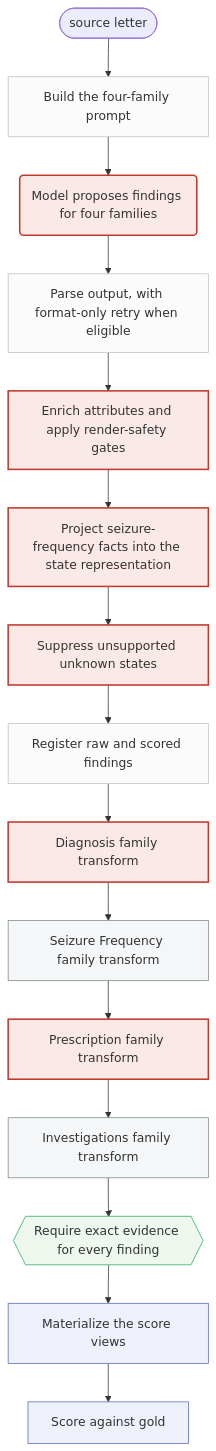
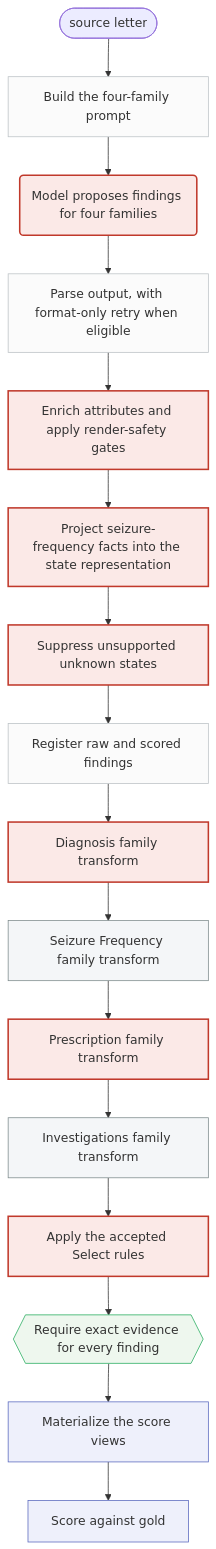
One commit to cbrown564-alt/clinical_extraction changed the diagram in docs/architecture/diagrams/exectv2_llm_pre_post_stages.md. Above: the diagram before and after it, drawn with Mermaid. The commit also changed other lines of this file and 15 other files, not shown here.

First line of the commit message:
Show the ExECT select-rule stage on the architecture cards.

````diff
--- a/docs/architecture/diagrams/exectv2_llm_pre_post_stages.md
+++ b/docs/architecture/diagrams/exectv2_llm_pre_post_stages.md
@@ -12,52 +12,55 @@
 ```mermaid
 flowchart TD
   letter([source letter])
   exect_llm_pre_post_build_prompt["Build the four-family prompt"]
   letter --> exect_llm_pre_post_build_prompt
   exect_llm_pre_post_model_call("Model proposes findings for four families")
   exect_llm_pre_post_build_prompt --> exect_llm_pre_post_model_call
   exect_llm_pre_post_parse_and_retry["Parse output, with format-only retry when eligible"]
   exect_llm_pre_post_model_call --> exect_llm_pre_post_parse_and_retry
   exect_llm_pre_post_project_and_gate["Enrich attributes and apply render-safety gates"]
   exect_llm_pre_post_parse_and_retry --> exect_llm_pre_post_project_and_gate
   exect_llm_pre_post_sf_state_projection["Project seizure-frequency facts into the state representation"]
   exect_llm_pre_post_project_and_gate --> exect_llm_pre_post_sf_state_projection
   exect_llm_pre_post_sf_unknown_suppression["Suppress unsupported unknown states"]
   exect_llm_pre_post_sf_state_projection --> exect_llm_pre_post_sf_unknown_suppression
   exect_llm_pre_post_register_findings["Register raw and scored findings"]
   exect_llm_pre_post_sf_unknown_suppression --> exect_llm_pre_post_register_findings
   exect_llm_pre_post_lens_diagnosis["Diagnosis family transform"]
   exect_llm_pre_post_register_findings --> exect_llm_pre_post_lens_diagnosis
   exect_llm_pre_post_lens_seizure_frequency["Seizure Frequency family transform"]
   exect_llm_pre_post_lens_diagnosis --> exect_llm_pre_post_lens_seizure_frequency
   exect_llm_pre_post_lens_prescription["Prescription family transform"]
   exect_llm_pre_post_lens_seizure_frequency --> exect_llm_pre_post_lens_prescription
   exect_llm_pre_post_lens_investigations["Investigations family transform"]
   exect_llm_pre_post_lens_prescription --> exect_llm_pre_post_lens_investigations
+  exect_llm_pre_post_select_rules["Apply the accepted Select rules"]
+  exect_llm_pre_post_lens_investigations --> exect_llm_pre_post_select_rules
   exect_llm_pre_post_evidence_requirement{{"Require exact evidence for every finding"}}
-  exect_llm_pre_post_lens_investigations --> exect_llm_pre_post_evidence_requirement
+  exect_llm_pre_post_select_rules --> exect_llm_pre_post_evidence_requirement
   exect_llm_pre_post_materialize_views["Materialize the score views"]
   exect_llm_pre_post_evidence_requirement --> exect_llm_pre_post_materialize_views
   exect_llm_pre_post_score["Score against gold"]
   exect_llm_pre_post_materialize_views --> exect_llm_pre_post_score
 
   class exect_llm_pre_post_build_prompt transport_or_schema;
   class exect_llm_pre_post_model_call clinical_meaning;
   class exect_llm_pre_post_parse_and_retry transport_or_schema;
   class exect_llm_pre_post_project_and_gate clinical_meaning;
   class exect_llm_pre_post_sf_state_projection clinical_meaning;
   class exect_llm_pre_post_sf_unknown_suppression clinical_meaning;
   class exect_llm_pre_post_register_findings transport_or_schema;
   class exect_llm_pre_post_lens_diagnosis clinical_meaning;
   class exect_llm_pre_post_lens_seizure_frequency representation;
   class exect_llm_pre_post_lens_prescription clinical_meaning;
   class exect_llm_pre_post_lens_investigations representation;
+  class exect_llm_pre_post_select_rules clinical_meaning;
   class exect_llm_pre_post_evidence_requirement validation_gate;
   class exect_llm_pre_post_materialize_views benchmark_projection;
   class exect_llm_pre_post_score benchmark_projection;
   classDef clinical_meaning fill:#fbe9e7,stroke:#c0392b,stroke-width:2px;
   classDef representation fill:#f4f6f8,stroke:#7f8c8d;
   classDef transport_or_schema fill:#fbfbfb,stroke:#bdc3c7;
   classDef validation_gate fill:#eef7ee,stroke:#27ae60;
   classDef benchmark_projection fill:#eef0fb,stroke:#5b6abf;
 ```
````
